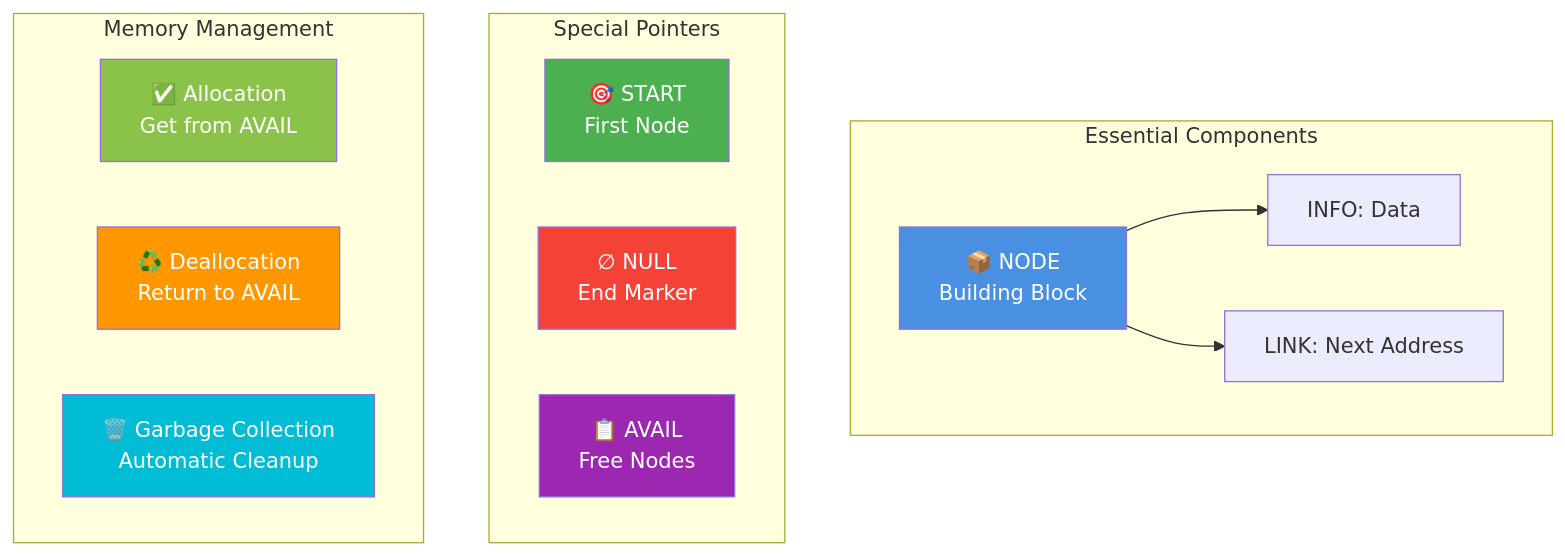
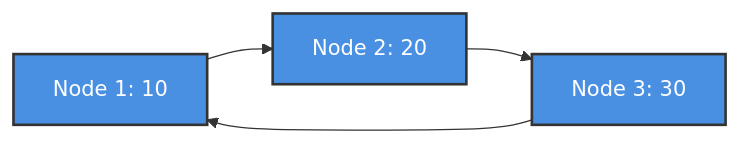
One commit to M-F-Tushar/CSE-2101-Data-Structure changed the seventh of 54 diagrams in Chapter 5 - Linked Lists/README.md. Above: the diagram before and after it, drawn with Mermaid. The commit also changed other lines of this file, not shown here.

````diff
--- a/Chapter 5 - Linked Lists/README.md
+++ b/Chapter 5 - Linked Lists/README.md
@@ -117,28 +640,10 @@
 ```mermaid
-graph TB
-    subgraph "Essential Components"
-        N["📦 NODE<br/>Building Block"]
-        N --> NI["INFO: Data"]
-        N --> NL["LINK: Next Address"]
-    end
+graph LR
+    A["Node 1: 10"] --> B["Node 2: 20"]
+    B --> C["Node 3: 30"]
+    C --> A
     
-    subgraph "Special Pointers"
-        SP1["🎯 START<br/>First Node"]
-        SP2["∅ NULL<br/>End Marker"]
-        SP3["📋 AVAIL<br/>Free Nodes"]
-    end
-    
-    subgraph "Memory Management"
-        MM1["✅ Allocation<br/>Get from AVAIL"]
-        MM2["♻️ Deallocation<br/>Return to AVAIL"]
-        MM3["🗑️ Garbage Collection<br/>Automatic Cleanup"]
-    end
-    
-    style N fill:#4a90e2,color:#fff
-    style SP1 fill:#4caf50,color:#fff
-    style SP2 fill:#f44336,color:#fff
-    style SP3 fill:#9c27b0,color:#fff
-    style MM1 fill:#8bc34a,color:#fff
-    style MM2 fill:#ff9800,color:#fff
-    style MM3 fill:#00bcd4,color:#fff
+    style A fill:#4A90E2,stroke:#333,stroke-width:2px,color:#fff
+    style B fill:#4A90E2,stroke:#333,stroke-width:2px,color:#fff
+    style C fill:#4A90E2,stroke:#333,stroke-width:2px,color:#fff
 ```
````
